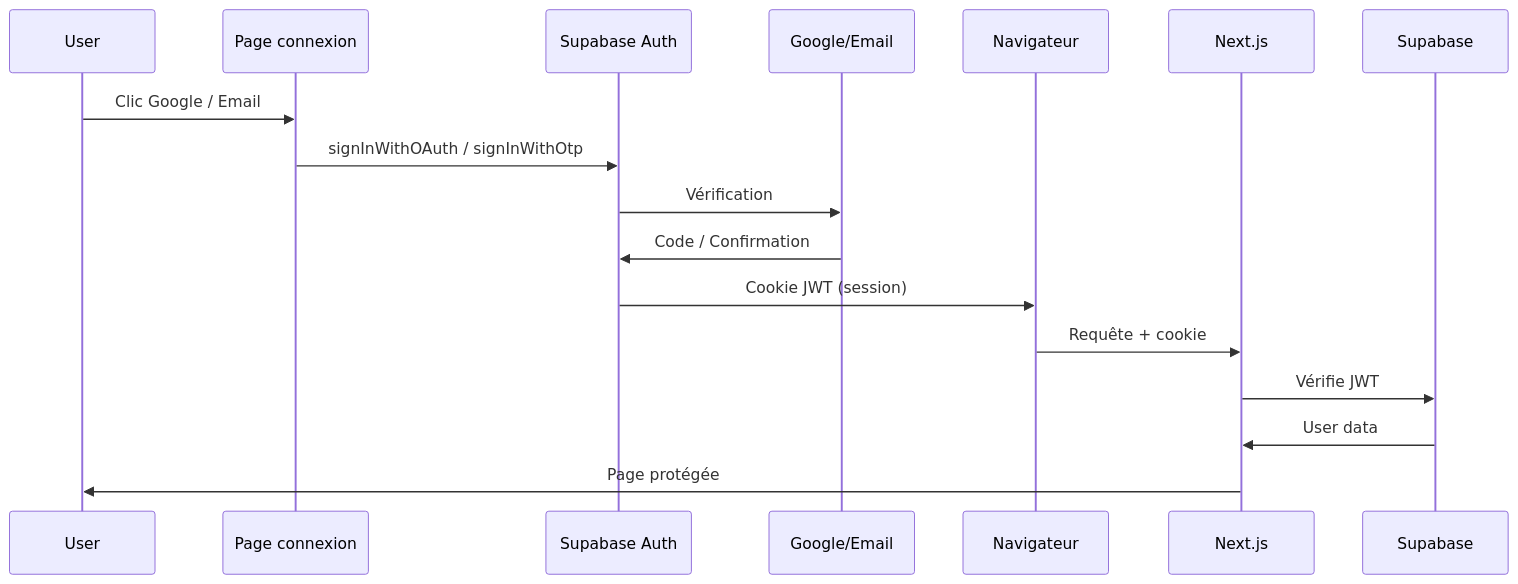
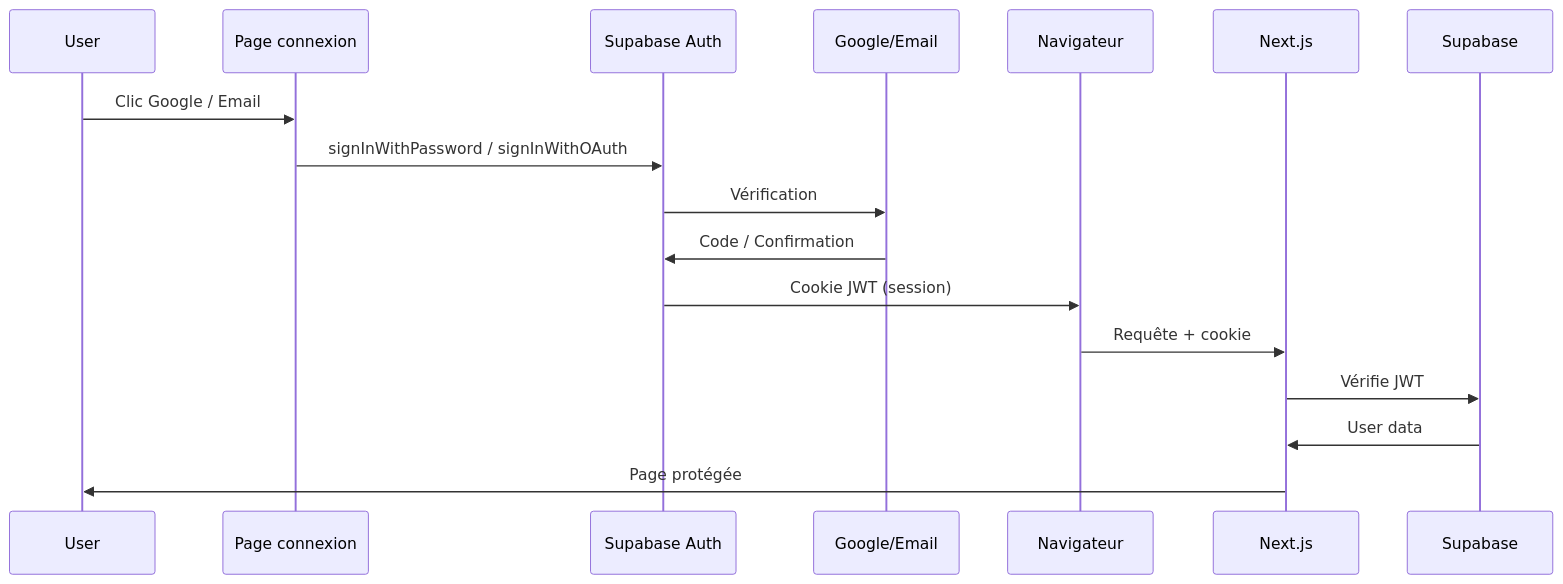
The diagram in C3-04-authentification/README.md (keticwork/eticlab), drawn with Mermaid before and after one commit. The commit also changed other lines of this file and 1 other file, not shown here.

Commit message:
docs: C3-04 enrichi + CONTEXT.md — middleware, reset-password, session 30j

````diff
--- a/C3-04-authentification/README.md
+++ b/C3-04-authentification/README.md
@@ -154,12 +196,12 @@
 ```mermaid
 sequenceDiagram
   User->>Page connexion: Clic Google / Email
-  Page connexion->>Supabase Auth: signInWithOAuth / signInWithOtp
+  Page connexion->>Supabase Auth: signInWithPassword / signInWithOAuth
   Supabase Auth->>Google/Email: Vérification
   Google/Email->>Supabase Auth: Code / Confirmation
   Supabase Auth->>Navigateur: Cookie JWT (session)
   Navigateur->>Next.js: Requête + cookie
   Next.js->>Supabase: Vérifie JWT
   Supabase->>Next.js: User data
   Next.js->>User: Page protégée
 ```
````
